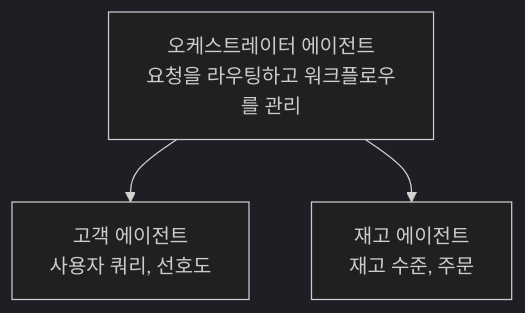
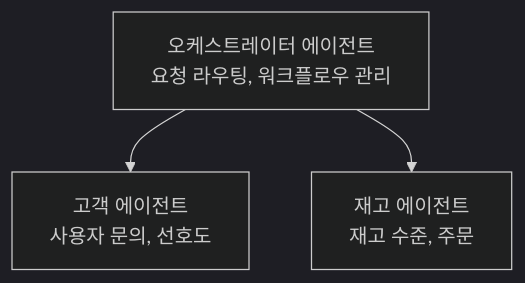
Before and after one commit to microsoft/AZD-for-beginners: the diagram in translations/ko/docs/chapter-05-multi-agent/README.md, drawn with Mermaid (dark theme). The commit also changed other lines of this file and 104 other files, not shown here.

````diff
--- a/translations/ko/docs/chapter-05-multi-agent/README.md
+++ b/translations/ko/docs/chapter-05-multi-agent/README.md
@@ -52,5 +54,5 @@
 ```mermaid
 graph TD
-    Orchestrator[오케스트레이터 에이전트<br/>요청을 라우팅하고 워크플로우를 관리] --> Customer[고객 에이전트<br/>사용자 쿼리, 선호도]
+    Orchestrator[오케스트레이터 에이전트<br/>요청 라우팅, 워크플로우 관리] --> Customer[고객 에이전트<br/>사용자 문의, 선호도]
     Orchestrator --> Inventory[재고 에이전트<br/>재고 수준, 주문]
 ```
````
